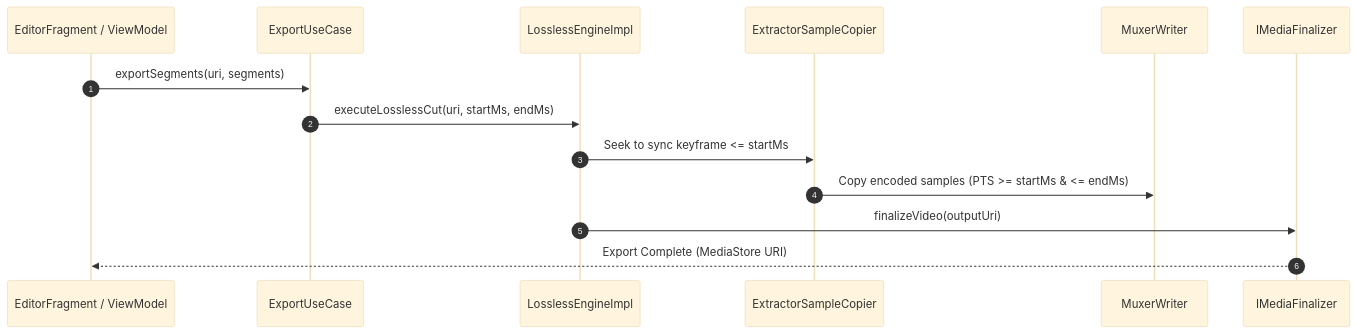
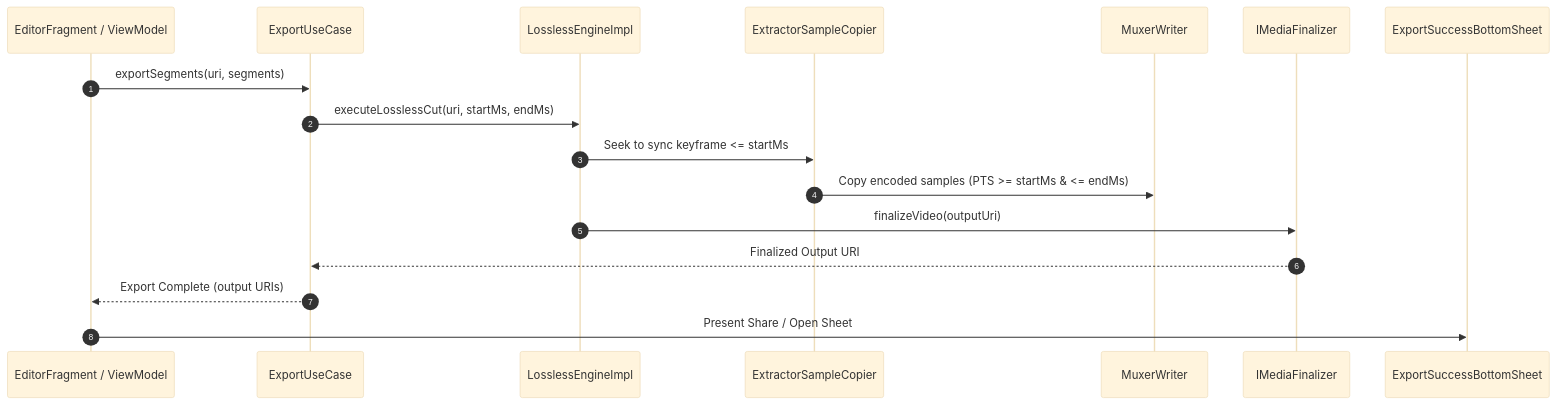
Before and after one commit to tazztone/losslesscut-android: the second of 3 diagrams in docs/architecture.md, drawn with Mermaid (base theme). The commit also changed other lines of this file and 1 other file, not shown here.

Commit message:
docs: document direct media sharing and export completion sheet

````diff
--- a/docs/architecture.md
+++ b/docs/architecture.md
@@ -154,17 +154,20 @@
 ```mermaid
 sequenceDiagram
     autonumber
     participant UI as EditorFragment / ViewModel
     participant UC as ExportUseCase
     participant Engine as LosslessEngineImpl
     participant Copier as ExtractorSampleCopier
     participant Muxer as MuxerWriter
     participant Fin as IMediaFinalizer
+    participant Share as ExportSuccessBottomSheet
 
     UI->>UC: exportSegments(uri, segments)
     UC->>Engine: executeLosslessCut(uri, startMs, endMs)
     Engine->>Copier: Seek to sync keyframe <= startMs
     Copier->>Muxer: Copy encoded samples (PTS >= startMs & <= endMs)
     Engine->>Fin: finalizeVideo(outputUri)
-    Fin-->>UI: Export Complete (MediaStore URI)
+    Fin-->>UC: Finalized Output URI
+    UC-->>UI: Export Complete (output URIs)
+    UI->>Share: Present Share / Open Sheet
 ```
````
